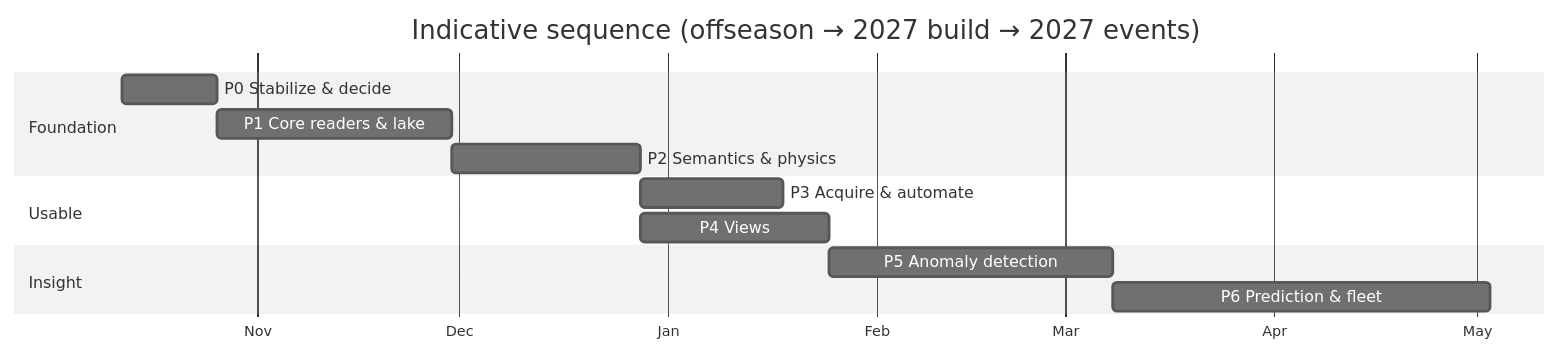
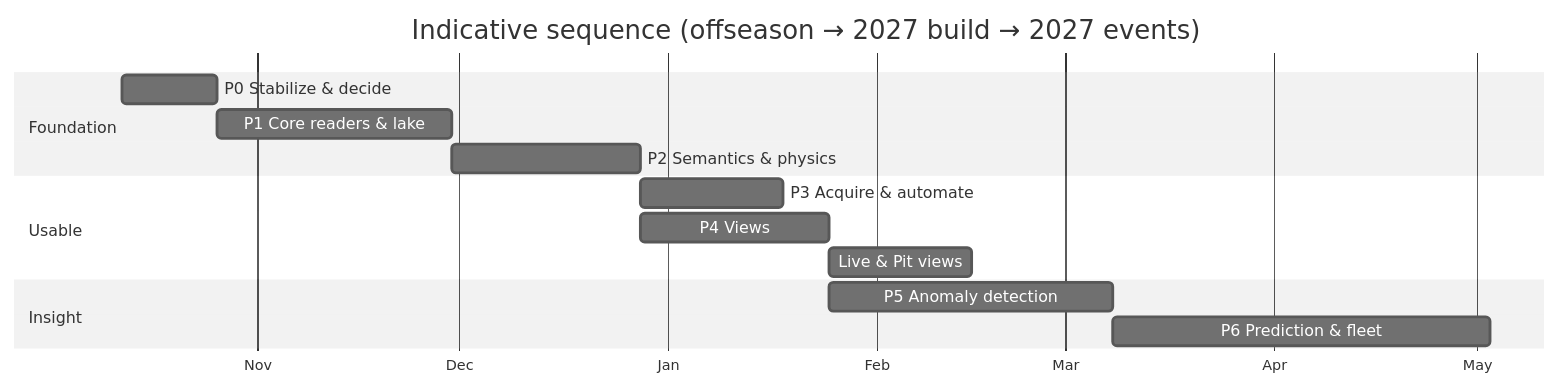
One commit to IgniteRobotics/flashpoint changed the second of 3 diagrams in docs/rewrite/06-roadmap.md. Above: the diagram before and after it, drawn with Mermaid (neutral theme). The commit also changed other lines of this file and 9 other files, not shown here.

First line of the commit message:
docs(p4): ADR-0013 one local app, amend 0006, roadmap, README, notebook

````diff
--- a/docs/rewrite/06-roadmap.md
+++ b/docs/rewrite/06-roadmap.md
@@ -18,16 +20,17 @@
 ```mermaid
 gantt
     title Indicative sequence (offseason → 2027 build → 2027 events)
     dateFormat YYYY-MM-DD
     axisFormat %b
     section Foundation
     P0 Stabilize & decide         :p0, 2026-10-12, 2w
     P1 Core readers & lake        :p1, after p0, 5w
     P2 Semantics & physics        :p2, after p1, 4w
     section Usable
     P3 Acquire & automate         :p3, after p2, 3w
     P4 Views                      :p4, after p2, 4w
+    Live & Pit views              :p4b, after p4, 3w
     section Insight
     P5 Anomaly detection          :p5, after p4, 6w
     P6 Prediction & fleet         :p6, after p5, 8w
 ```
````
